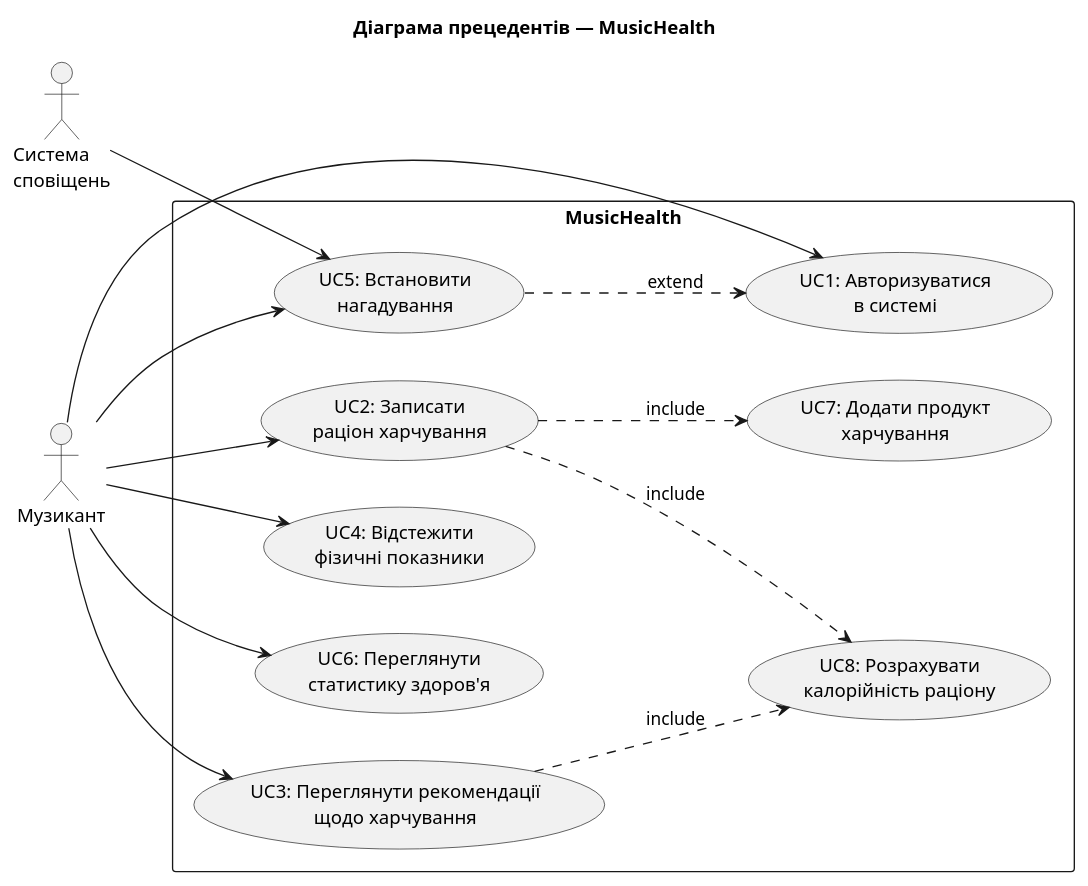
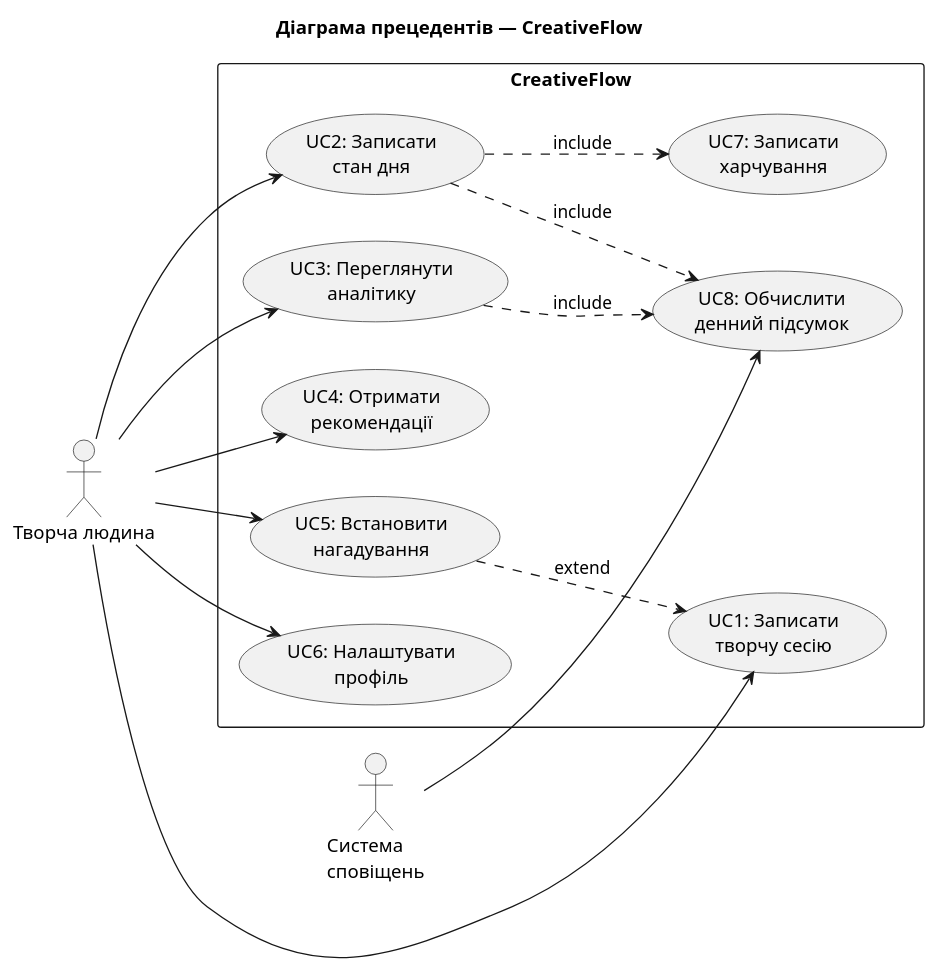
One commit to dariatkachenkos/software-product-development changed the diagram in SoftWareProductDevelopment/1-SoftwareRequirements/1.2-SoftwareUserRequirements/1.2.3-UseCaseDiagram/UML-UseCase.puml. Above: the diagram before and after it, drawn with PlantUML. The commit also changed 26 other files, not shown here.

First line of the commit message:
Redesign: MusicHealth → CreativeFlow — трекер якості творчого life

```diff
--- a/SoftWareProductDevelopment/1-SoftwareRequirements/1.2-SoftwareUserRequirements/1.2.3-UseCaseDiagram/UML-UseCase.puml
+++ b/SoftWareProductDevelopment/1-SoftwareRequirements/1.2-SoftwareUserRequirements/1.2.3-UseCaseDiagram/UML-UseCase.puml
@@ -1,35 +1,35 @@
 @startuml
 
-title Діаграма прецедентів — MusicHealth
+title Діаграма прецедентів — CreativeFlow
 
 left to right direction
 
-actor "Музикант" as Musician
+actor "Творча людина" as User
 actor "Система\nсповіщень" as NotifSystem
 
-rectangle MusicHealth {
-    usecase "UC1: Авторизуватися\nв системі" as UC1
-    usecase "UC2: Записати\nраціон харчування" as UC2
-    usecase "UC3: Переглянути рекомендації\nщодо харчування" as UC3
-    usecase "UC4: Відстежити\nфізичні показники" as UC4
+rectangle CreativeFlow {
+    usecase "UC1: Записати\nтворчу сесію" as UC1
+    usecase "UC2: Записати\nстан дня" as UC2
+    usecase "UC3: Переглянути\nаналітику" as UC3
+    usecase "UC4: Отримати\nрекомендації" as UC4
     usecase "UC5: Встановити\nнагадування" as UC5
-    usecase "UC6: Переглянути\nстатистику здоров'я" as UC6
-    usecase "UC7: Додати продукт\nхарчування" as UC7
-    usecase "UC8: Розрахувати\nкалорійність раціону" as UC8
+    usecase "UC6: Налаштувати\nпрофіль" as UC6
+    usecase "UC7: Записати\nхарчування" as UC7
+    usecase "UC8: Обчислити\nденний підсумок" as UC8
 }
 
-Musician --> UC1
-Musician --> UC2
-Musician --> UC3
-Musician --> UC4
-Musician --> UC5
-Musician --> UC6
+User --> UC1
+User --> UC2
+User --> UC3
+User --> UC4
+User --> UC5
+User --> UC6
 
 UC2 ..> UC7 : include
 UC2 ..> UC8 : include
 UC3 ..> UC8 : include
 
 UC5 ..> UC1 : extend
-NotifSystem --> UC5
+NotifSystem --> UC8
 
 @enduml
```
